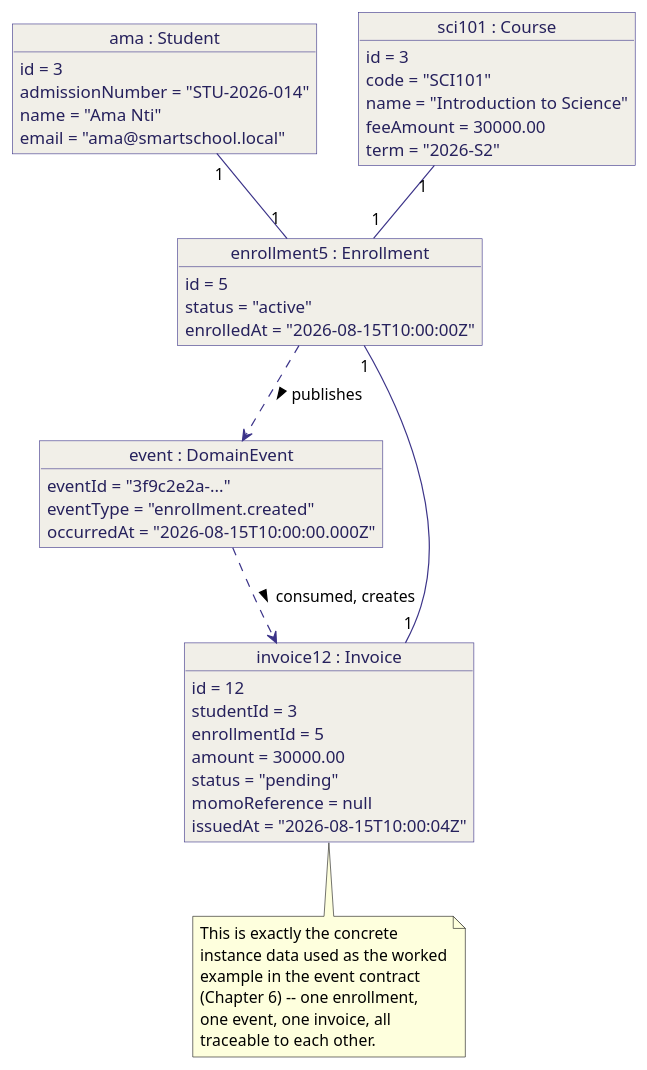
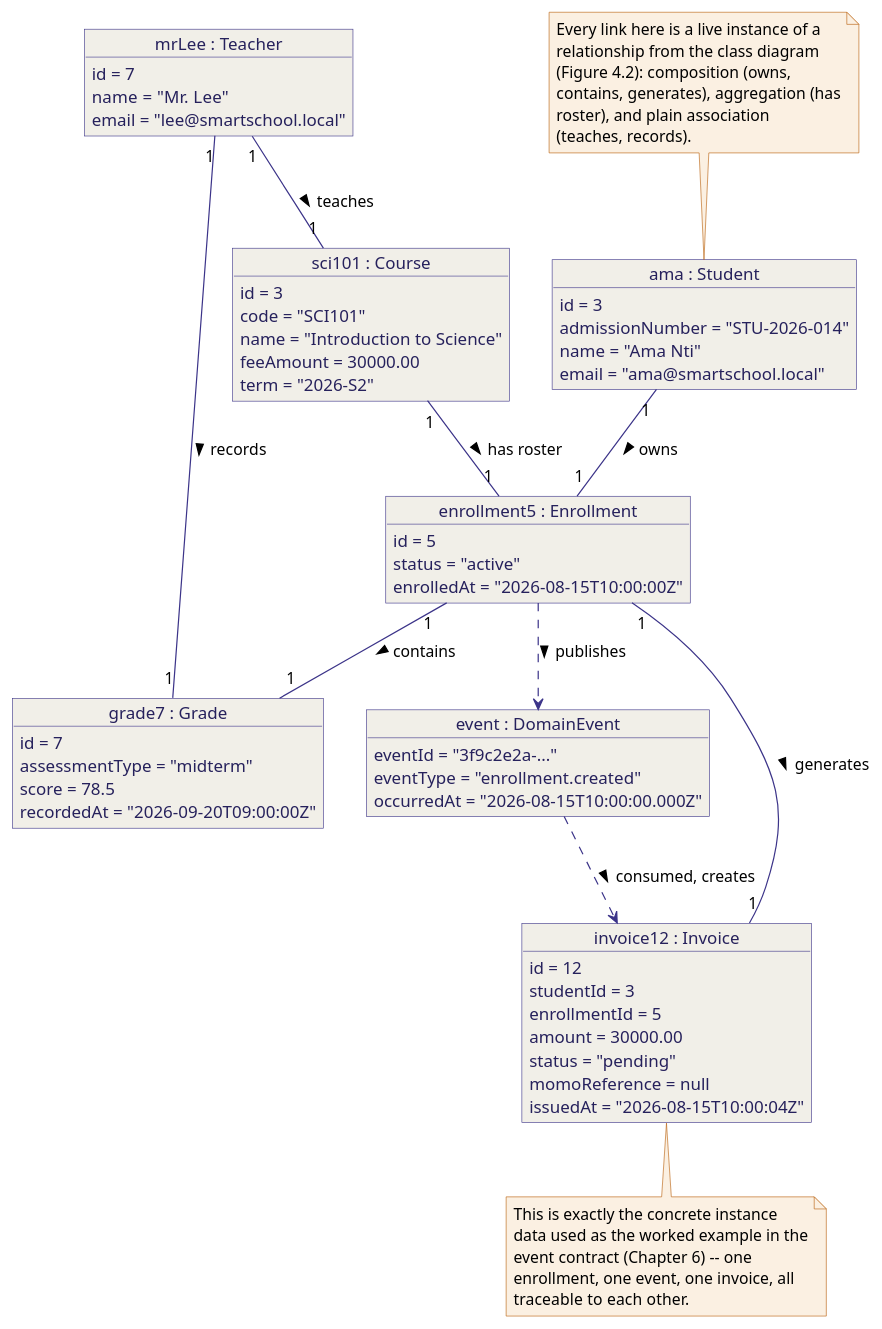
The diagram in documentation/figures/smartschool/08_object_snapshot.puml (Suraku237/MarketFlow), drawn with PlantUML before and after one commit. The commit also changed 18 other files, not shown here.

Commit message:
fixing the diagrams and arranging the documentation -----------

```diff
--- a/documentation/figures/smartschool/08_object_snapshot.puml
+++ b/documentation/figures/smartschool/08_object_snapshot.puml
@@ -1,63 +1,94 @@
 @startuml 08_object_snapshot
 skinparam backgroundColor white
 skinparam shadowing false
 skinparam defaultFontName Helvetica
 skinparam object {
   BackgroundColor #F1EFE8
   BorderColor #3C3489
   ArrowColor #3C3489
   FontColor #26215C
 }
+skinparam note {
+  BackgroundColor #FBF0E2
+  BorderColor #B75E09
+}
 
 object "ama : Student" as ama {
   id = 3
   admissionNumber = "STU-2026-014"
   name = "Ama Nti"
   email = "ama@smartschool.local"
+}
+
+object "mrLee : Teacher" as mrLee {
+  id = 7
+  name = "Mr. Lee"
+  email = "lee@smartschool.local"
 }
 
 object "sci101 : Course" as sci101 {
   id = 3
   code = "SCI101"
   name = "Introduction to Science"
   feeAmount = 30000.00
   term = "2026-S2"
 }
 
 object "enrollment5 : Enrollment" as enr5 {
   id = 5
   status = "active"
   enrolledAt = "2026-08-15T10:00:00Z"
+}
+
+object "grade7 : Grade" as grade7 {
+  id = 7
+  assessmentType = "midterm"
+  score = 78.5
+  recordedAt = "2026-09-20T09:00:00Z"
 }
 
 object "event : DomainEvent" as evt {
   eventId = "3f9c2e2a-..."
   eventType = "enrollment.created"
   occurredAt = "2026-08-15T10:00:00.000Z"
 }
 
 object "invoice12 : Invoice" as inv12 {
   id = 12
   studentId = 3
   enrollmentId = 5
   amount = 30000.00
   status = "pending"
   momoReference = null
   issuedAt = "2026-08-15T10:00:04Z"
 }
 
-ama "1" -- "1" enr5
-sci101 "1" -- "1" enr5
-enr5 ..> evt : publishes >
-evt ..> inv12 : consumed, creates >
-enr5 "1" -- "1" inv12
+' ---------- links mirror the composition / aggregation / association ----------
+' ---------- edges declared in the class diagram (Figure 4.2) -------------
+ama    "1" -- "1" enr5    : owns >
+sci101 "1" -- "1" enr5    : has roster >
+mrLee  "1" -- "1" sci101  : teaches >
+mrLee  "1" -- "1" grade7  : records >
+enr5   "1" -- "1" grade7  : contains >
+enr5   "1" -- "1" inv12   : generates >
+
+enr5 ..> evt   : publishes >
+evt  ..> inv12 : consumed, creates >
 
 note bottom of inv12
-  This is exactly the concrete
-  instance data used as the worked
-  example in the event contract
-  (Chapter 6) -- one enrollment,
-  one event, one invoice, all
+  This is exactly the concrete instance
+  data used as the worked example in the
+  event contract (Chapter 6) -- one
+  enrollment, one event, one invoice, all
   traceable to each other.
 end note
+
+note top of ama
+  Every link here is a live instance of a
+  relationship from the class diagram
+  (Figure 4.2): composition (owns,
+  contains, generates), aggregation (has
+  roster), and plain association
+  (teaches, records).
+end note
 @enduml
```
